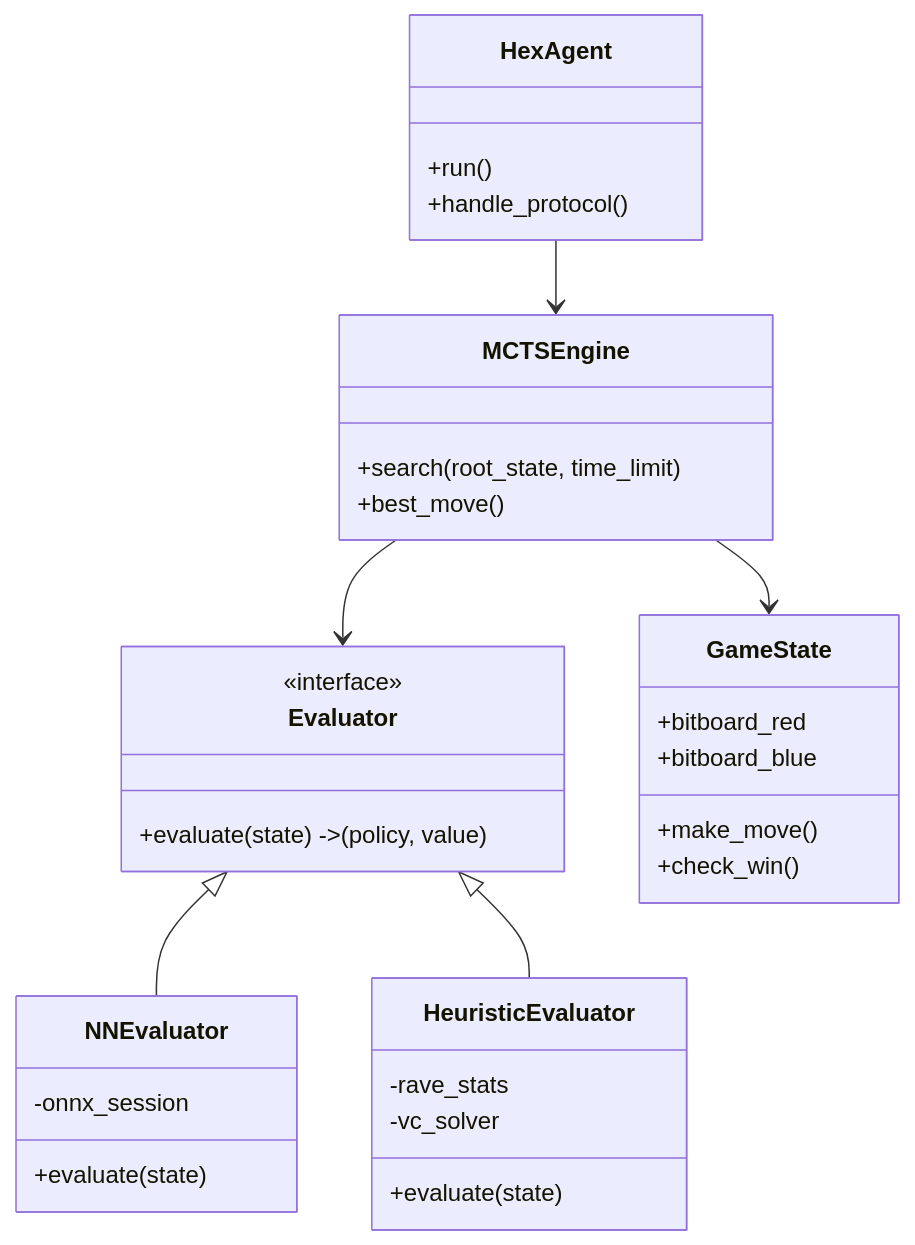
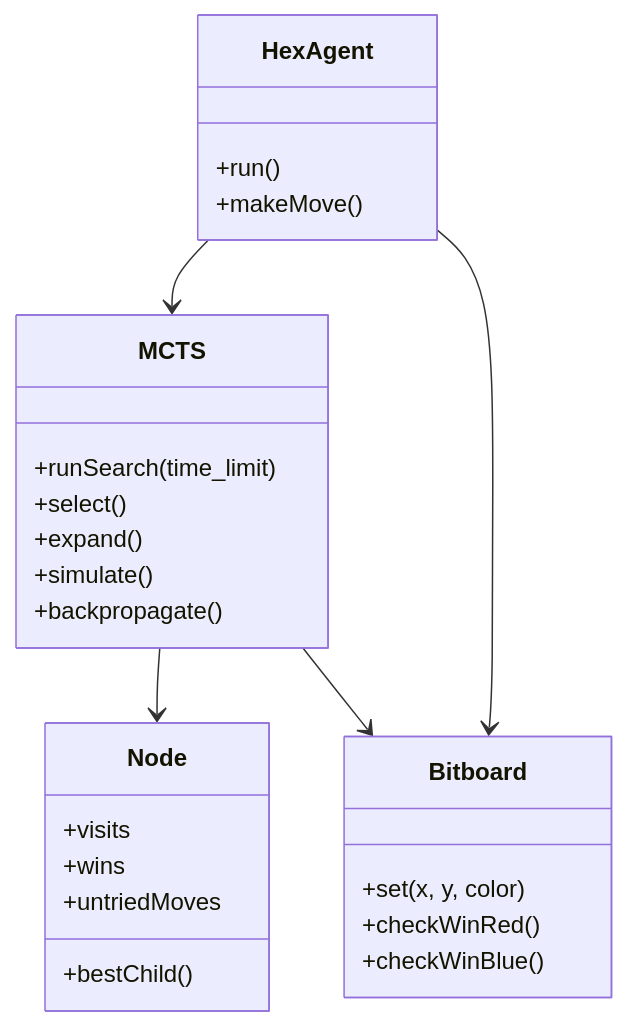
The diagram in ARCHITECTURE.md (a38062an/COMP34111-AI-Games-Hex-43), drawn with Mermaid before and after one commit. The commit also changed other lines of this file and 16 other files, not shown here.

First line of the commit message:
Initial commit: C++ MCTS Hex Agent

````diff
--- a/ARCHITECTURE.md
+++ b/ARCHITECTURE.md
@@ -7,36 +10,30 @@
 ```mermaid
 classDiagram
     class HexAgent {
         +run()
-        +handle_protocol()
+        +makeMove()
     }
-    class MCTSEngine {
-        +search(root_state, time_limit)
-        +best_move()
+    class MCTS {
+        +runSearch(time_limit)
+        +select()
+        +expand()
+        +simulate()
+        +backpropagate()
     }
-    class Evaluator {
-        <<interface>>
-        +evaluate(state) -> (policy, value)
+    class Bitboard {
+        +set(x, y, color)
+        +checkWinRed()
+        +checkWinBlue()
     }
-    class NNEvaluator {
-        +evaluate(state)
-        -onnx_session
-    }
-    class HeuristicEvaluator {
-        +evaluate(state)
-        -rave_stats
-        -vc_solver
-    }
-    class GameState {
-        +bitboard_red
-        +bitboard_blue
-        +make_move()
-        +check_win()
+    class Node {
+        +visits
+        +wins
+        +untriedMoves
+        +bestChild()
     }
 
-    HexAgent --> MCTSEngine
-    MCTSEngine --> GameState
-    MCTSEngine --> Evaluator
-    Evaluator <|-- NNEvaluator
-    Evaluator <|-- HeuristicEvaluator
+    HexAgent --> MCTS
+    HexAgent --> Bitboard
+    MCTS --> Node
+    MCTS --> Bitboard
 ```
````
